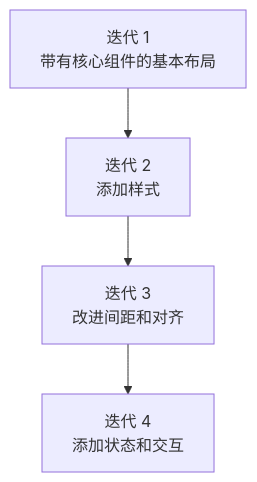
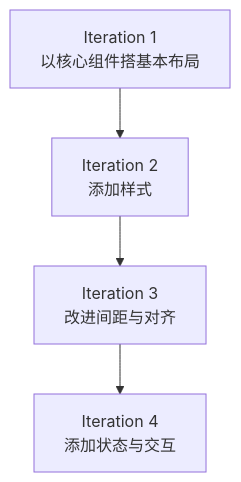
One commit to modu-ai/moai-adk changed the third of 4 diagrams in docs-site/content/zh/advanced/pencil-guide.md. Above: the diagram before and after it, drawn with Mermaid. The commit also changed other lines of this file and 395 other files, not shown here.

````diff
--- a/docs-site/content/zh/advanced/pencil-guide.md
+++ b/docs-site/content/zh/advanced/pencil-guide.md
@@ -607,6 +551,6 @@
 ```mermaid
 flowchart TD
-    I1["迭代 1<br>带有核心组件的基本布局"] --> I2["迭代 2<br>添加样式"]
-    I2 --> I3["迭代 3<br>改进间距和对齐"]
-    I3 --> I4["迭代 4<br>添加状态和交互"]
+    I1["Iteration 1<br>以核心组件搭基本布局"] --> I2["Iteration 2<br>添加样式"]
+    I2 --> I3["Iteration 3<br>改进间距与对齐"]
+    I3 --> I4["Iteration 4<br>添加状态与交互"]
 ```
````
